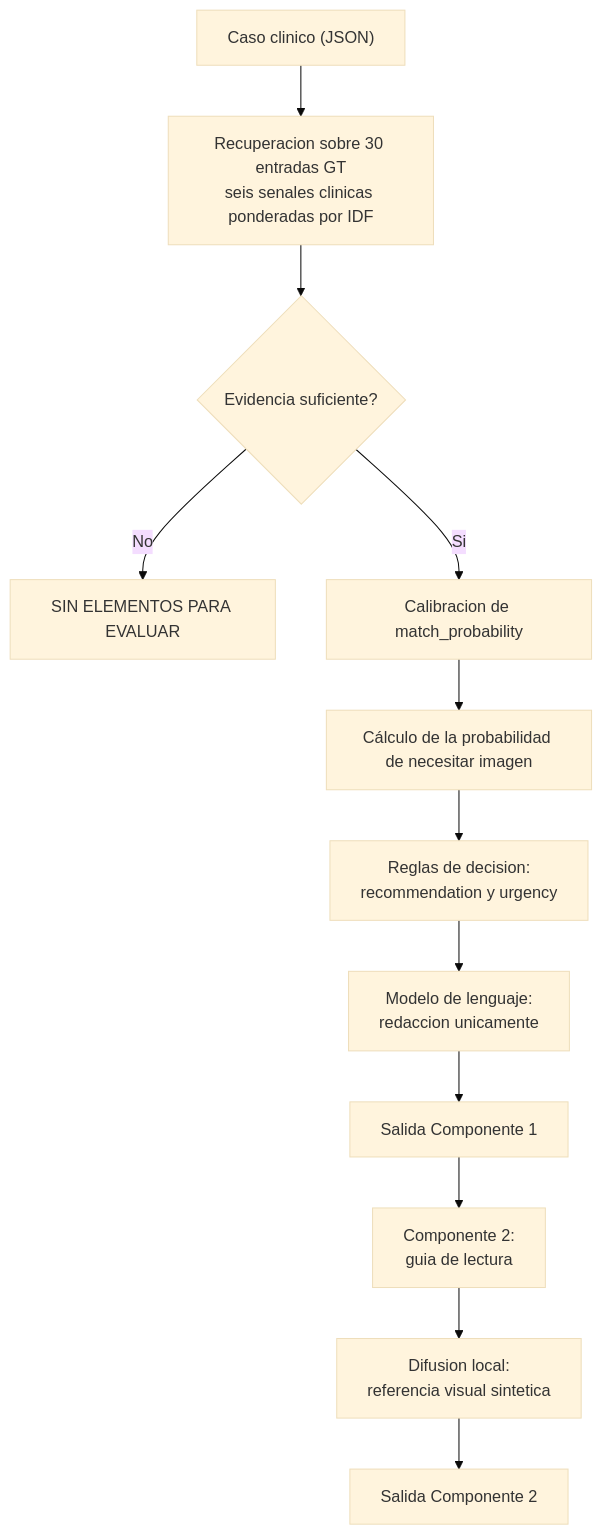
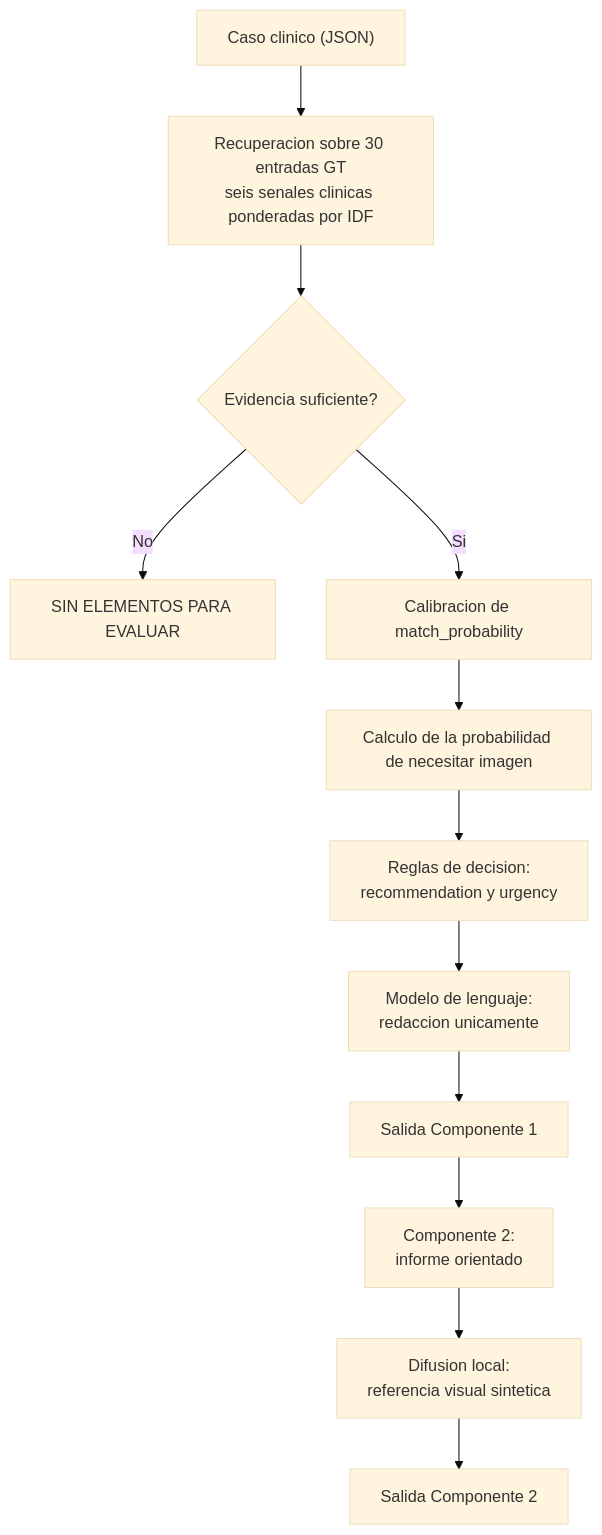
The diagram in oncobridge-ai/README.md (QuintoAnaya/IA-Generativa), drawn with Mermaid (base theme) before and after one commit. The commit also changed other lines of this file, not shown here.

````diff
--- a/oncobridge-ai/README.md
+++ b/oncobridge-ai/README.md
@@ -41,14 +45,14 @@
 ```mermaid
 flowchart TD
     A["Caso clinico (JSON)"] --> B["Recuperacion sobre 30 entradas GT<br/>seis senales clinicas ponderadas por IDF"]
     B --> C{"Evidencia suficiente?"}
     C -- No --> D["SIN ELEMENTOS PARA EVALUAR"]
     C -- Si --> E["Calibracion de match_probability"]
-    E --> F["Cálculo de la probabilidad de necesitar imagen"]
+    E --> F["Calculo de la probabilidad de necesitar imagen"]
     F --> G["Reglas de decision:<br/>recommendation y urgency"]
     G --> H["Modelo de lenguaje:<br/>redaccion unicamente"]
     H --> I["Salida Componente 1"]
-    I --> J["Componente 2:<br/>guia de lectura"]
+    I --> J["Componente 2:<br/>informe orientado"]
     J --> K["Difusion local:<br/>referencia visual sintetica"]
     K --> L["Salida Componente 2"]
 ```
````
